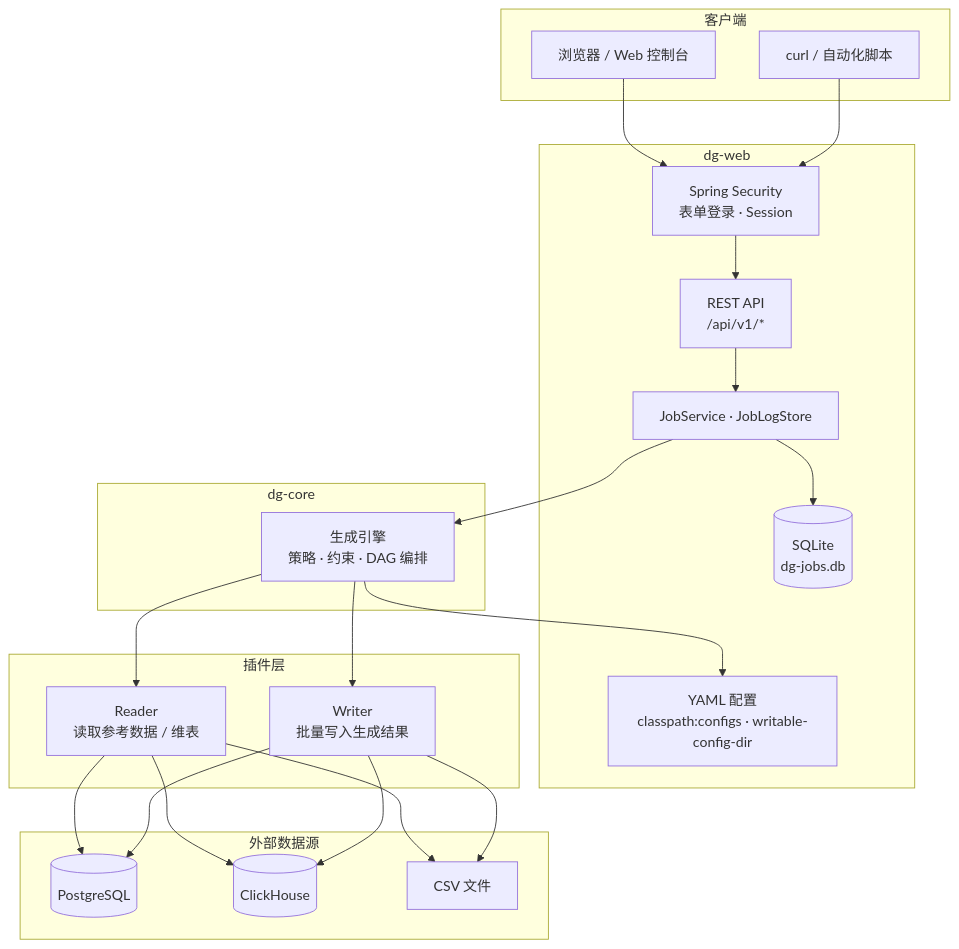
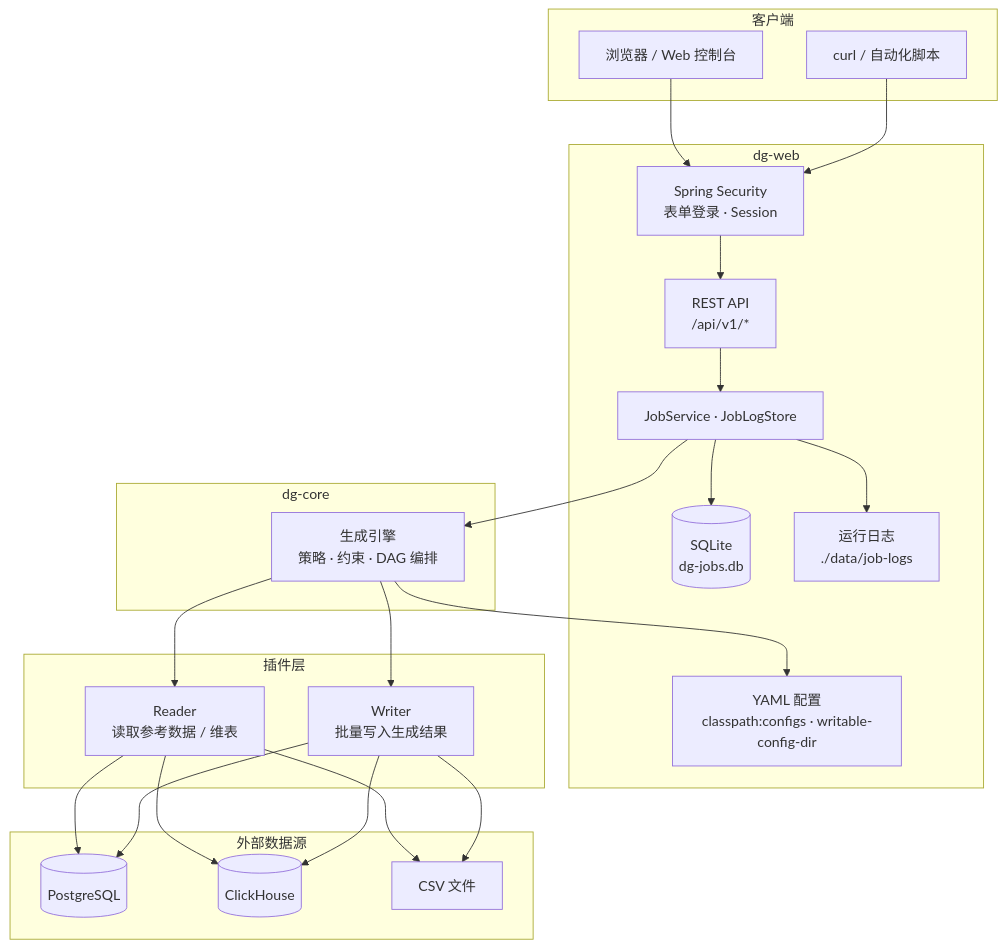
Before and after one commit to sleetzxy/data-generator: the second of 2 diagrams in README.md, drawn with Mermaid. The commit also changed other lines of this file and 5 other files, not shown here.

````diff
--- a/README.md
+++ b/README.md
@@ -60,46 +60,48 @@
 ```mermaid
 flowchart TB
     subgraph 客户端
         browser["浏览器 / Web 控制台"]
         script["curl / 自动化脚本"]
     end
 
     subgraph dg-web
         auth["Spring Security<br/>表单登录 · Session"]
         api["REST API<br/>/api/v1/*"]
         svc["JobService · JobLogStore"]
         sqlite[("SQLite<br/>dg-jobs.db")]
+        logfiles["运行日志<br/>./data/job-logs"]
         yaml["YAML 配置<br/>classpath:configs · writable-config-dir"]
     end
 
     subgraph dg-core
         engine["生成引擎<br/>策略 · 约束 · DAG 编排"]
     end
 
     subgraph 插件层
         reader["Reader<br/>读取参考数据 / 维表"]
         writer["Writer<br/>批量写入生成结果"]
     end
 
     subgraph 外部数据源
         pg[("PostgreSQL")]
         ch[("ClickHouse")]
         csv["CSV 文件"]
     end
 
     browser --> auth
     script --> auth
     auth --> api
     api --> svc
     svc --> sqlite
+    svc --> logfiles
     svc --> engine
     engine --> yaml
     engine --> reader
     engine --> writer
     reader --> pg
     reader --> ch
     reader --> csv
     writer --> pg
     writer --> ch
     writer --> csv
 ```
````
